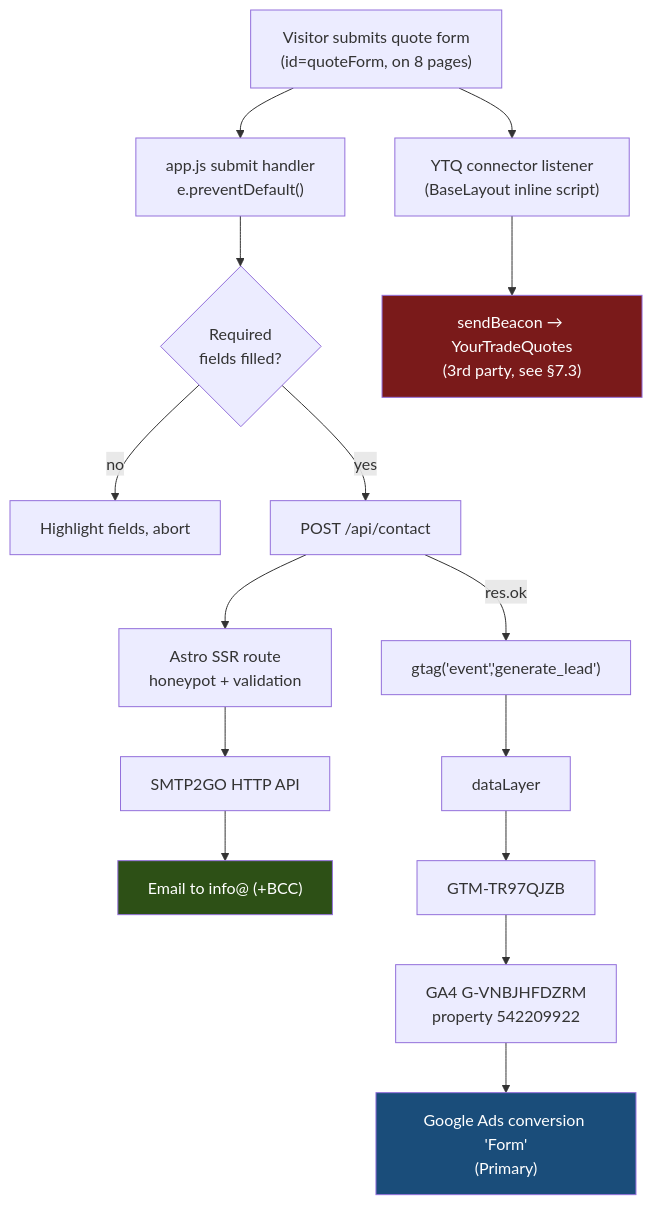
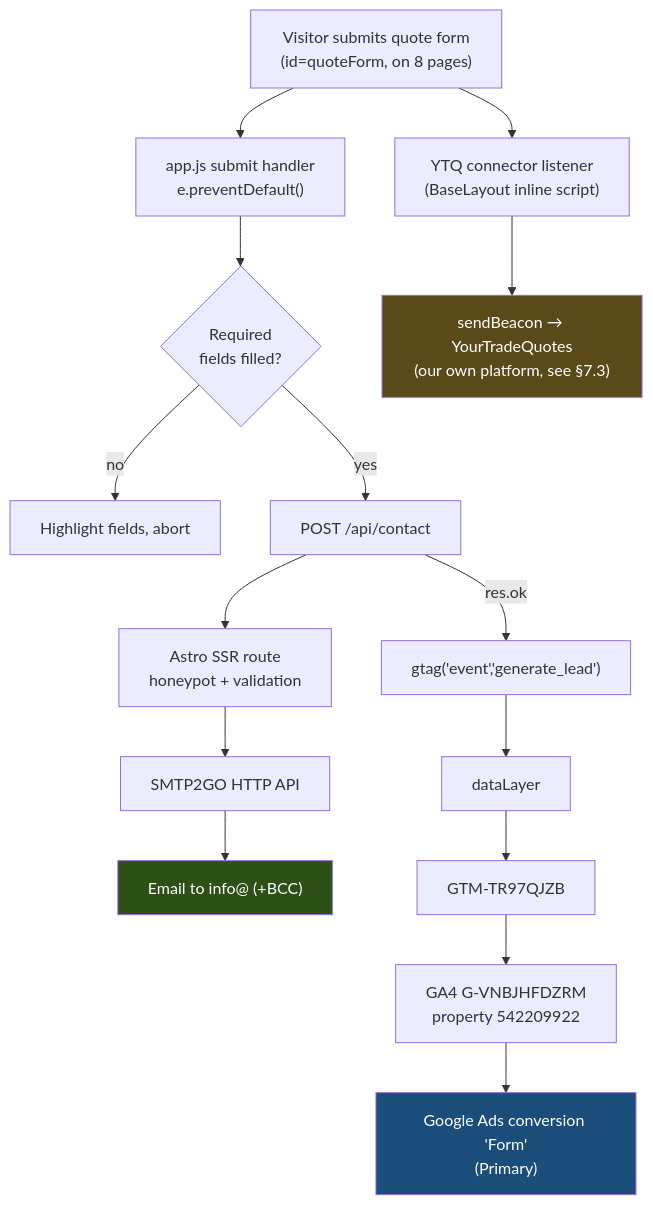
The first of 2 diagrams in ARCHITECTURE.md (edlaycock/surrey-contracting-astro), drawn with Mermaid before and after one commit. The commit also changed other lines of this file, not shown here.

First line of the commit message:
Correct YTQ connector framing in ARCHITECTURE.md

````diff
--- a/ARCHITECTURE.md
+++ b/ARCHITECTURE.md
@@ -162,27 +162,27 @@
 ```mermaid
 flowchart TD
     U["Visitor submits quote form<br/>(id=quoteForm, on 8 pages)"]
 
     U --> A["app.js submit handler<br/>e.preventDefault()"]
     U --> Y["YTQ connector listener<br/>(BaseLayout inline script)"]
 
     A --> V{"Required<br/>fields filled?"}
     V -->|no| STOP["Highlight fields, abort"]
     V -->|yes| F["POST /api/contact"]
 
     F --> S["Astro SSR route<br/>honeypot + validation"]
     S --> M["SMTP2GO HTTP API"]
     M --> E["Email to info@ (+BCC)"]
 
     F -->|res.ok| G["gtag('event','generate_lead')"]
     G --> DL["dataLayer"]
     DL --> GTM["GTM-TR97QJZB"]
     GTM --> GA4["GA4 G-VNBJHFDZRM<br/>property 542209922"]
     GA4 --> ADS["Google Ads conversion 'Form'<br/>(Primary)"]
 
-    Y --> YE["sendBeacon → YourTradeQuotes<br/>(3rd party, see §7.3)"]
+    Y --> YE["sendBeacon → YourTradeQuotes<br/>(our own platform, see §7.3)"]
 
     style E fill:#2d5016,color:#fff
     style ADS fill:#1a4d7a,color:#fff
-    style YE fill:#7a1a1a,color:#fff
+    style YE fill:#5a4a1a,color:#fff
 ```
````
